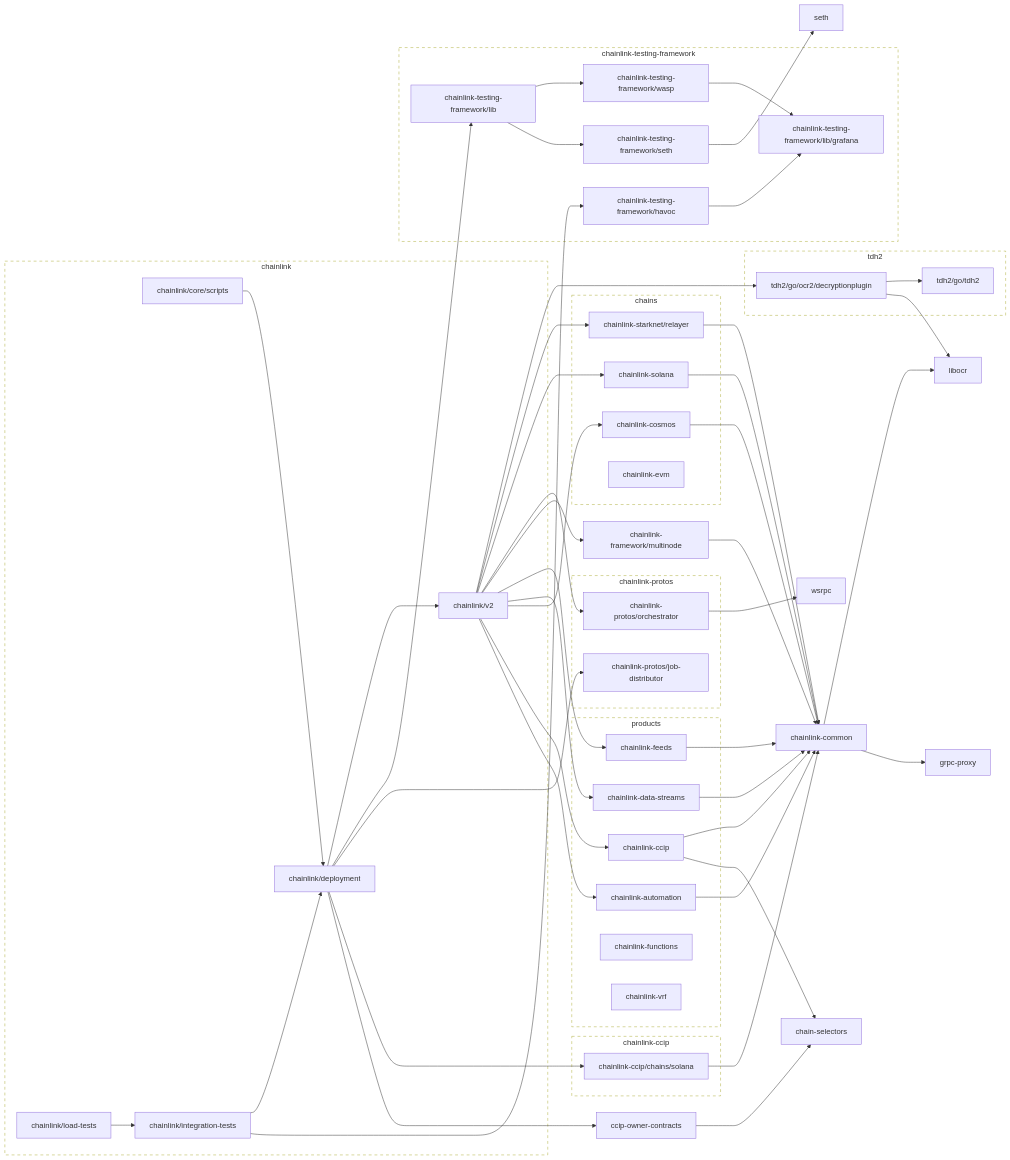
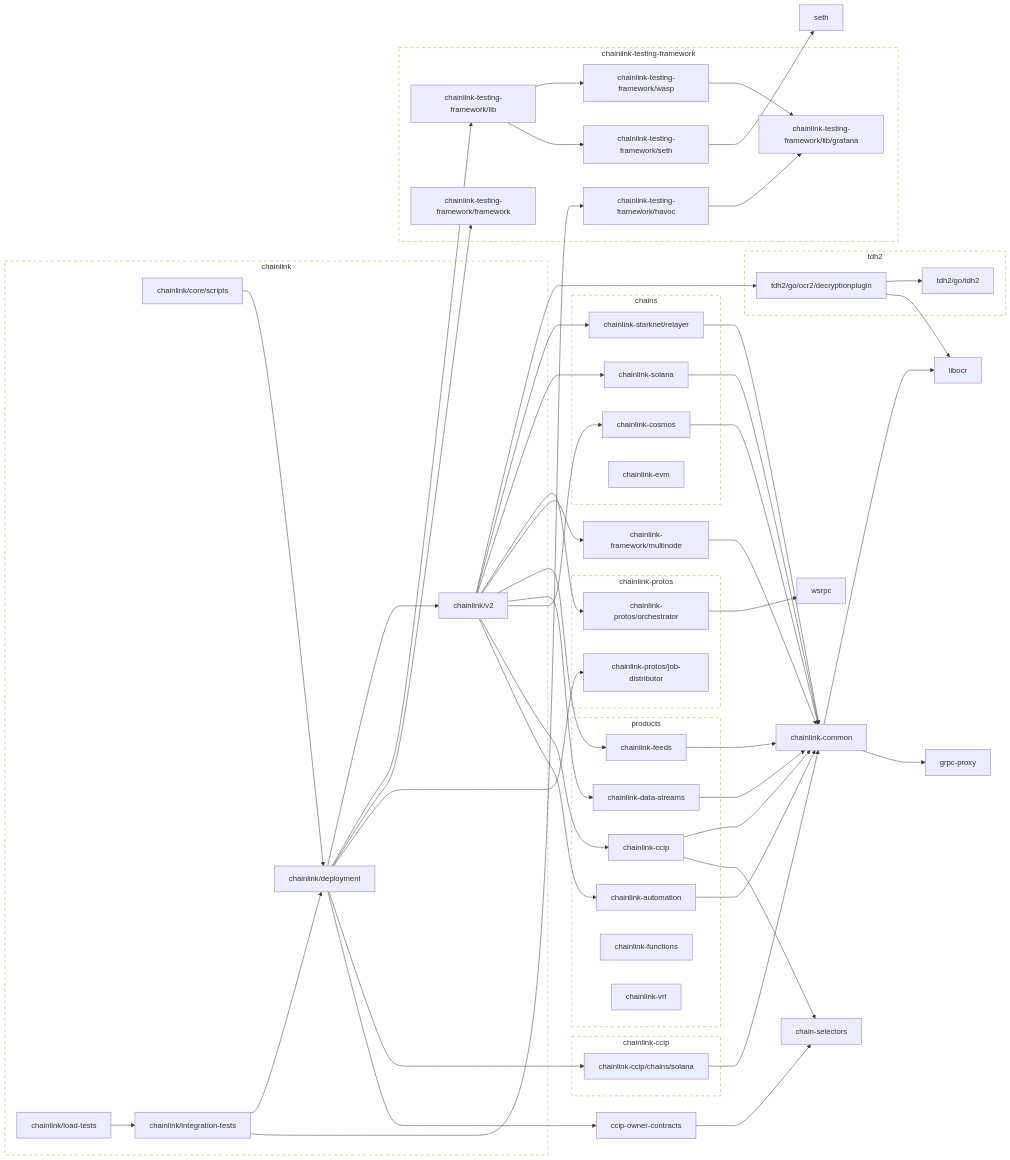
The second of 2 diagrams in go.md (protofire/chainlink), drawn with Mermaid before and after one commit. The commit also changed 15 other files, not shown here.

```diff
--- a/go.md
+++ b/go.md
@@ -129,6 +129,8 @@
 	click chainlink-solana href "https://github.com/smartcontractkit/chainlink-solana"
 	chainlink-starknet/relayer --> chainlink-common
 	click chainlink-starknet/relayer href "https://github.com/smartcontractkit/chainlink-starknet"
+	chainlink-testing-framework/framework
+	click chainlink-testing-framework/framework href "https://github.com/smartcontractkit/chainlink-testing-framework"
 	chainlink-testing-framework/havoc --> chainlink-testing-framework/lib/grafana
 	click chainlink-testing-framework/havoc href "https://github.com/smartcontractkit/chainlink-testing-framework"
 	chainlink-testing-framework/lib --> chainlink-testing-framework/seth
@@ -145,6 +147,7 @@
 	chainlink/deployment --> ccip-owner-contracts
 	chainlink/deployment --> chainlink-ccip/chains/solana
 	chainlink/deployment --> chainlink-protos/job-distributor
+	chainlink/deployment --> chainlink-testing-framework/framework
 	chainlink/deployment --> chainlink-testing-framework/lib
 	chainlink/deployment --> chainlink/v2
 	click chainlink/deployment href "https://github.com/smartcontractkit/chainlink"
@@ -200,6 +203,7 @@
 	click chainlink-protos-repo href "https://github.com/smartcontractkit/chainlink-protos"
 
 	subgraph chainlink-testing-framework-repo[chainlink-testing-framework]
+		 chainlink-testing-framework/framework
 		 chainlink-testing-framework/havoc
 		 chainlink-testing-framework/lib
 		 chainlink-testing-framework/lib/grafana
```
